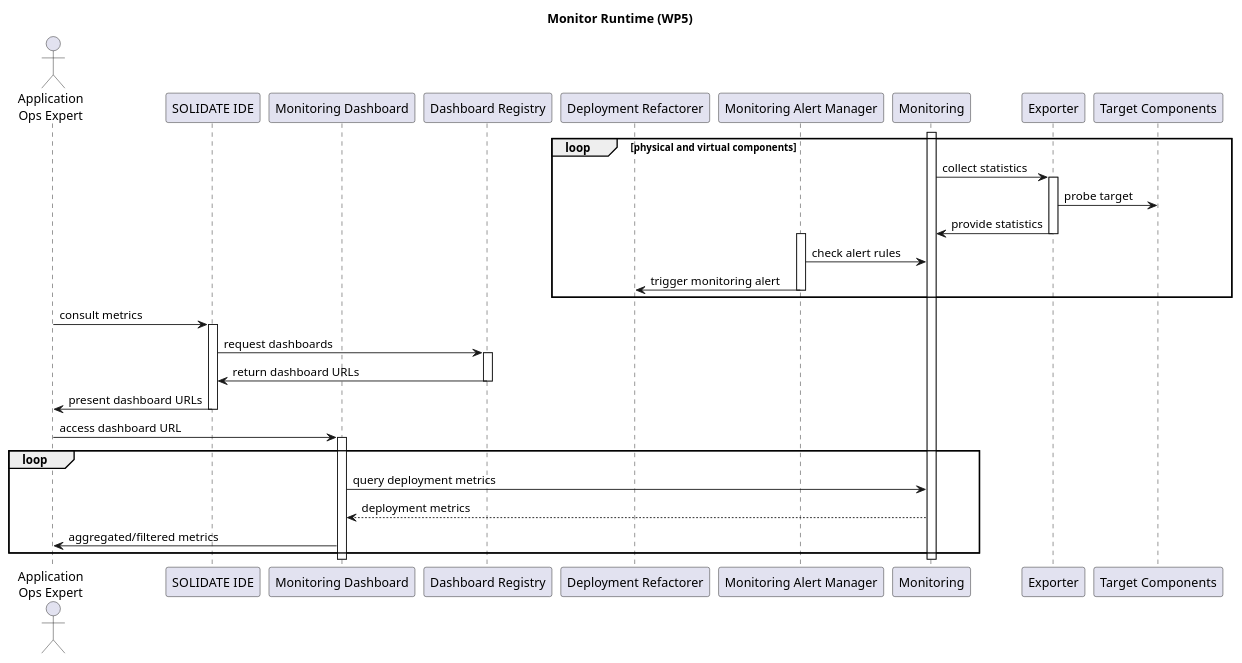
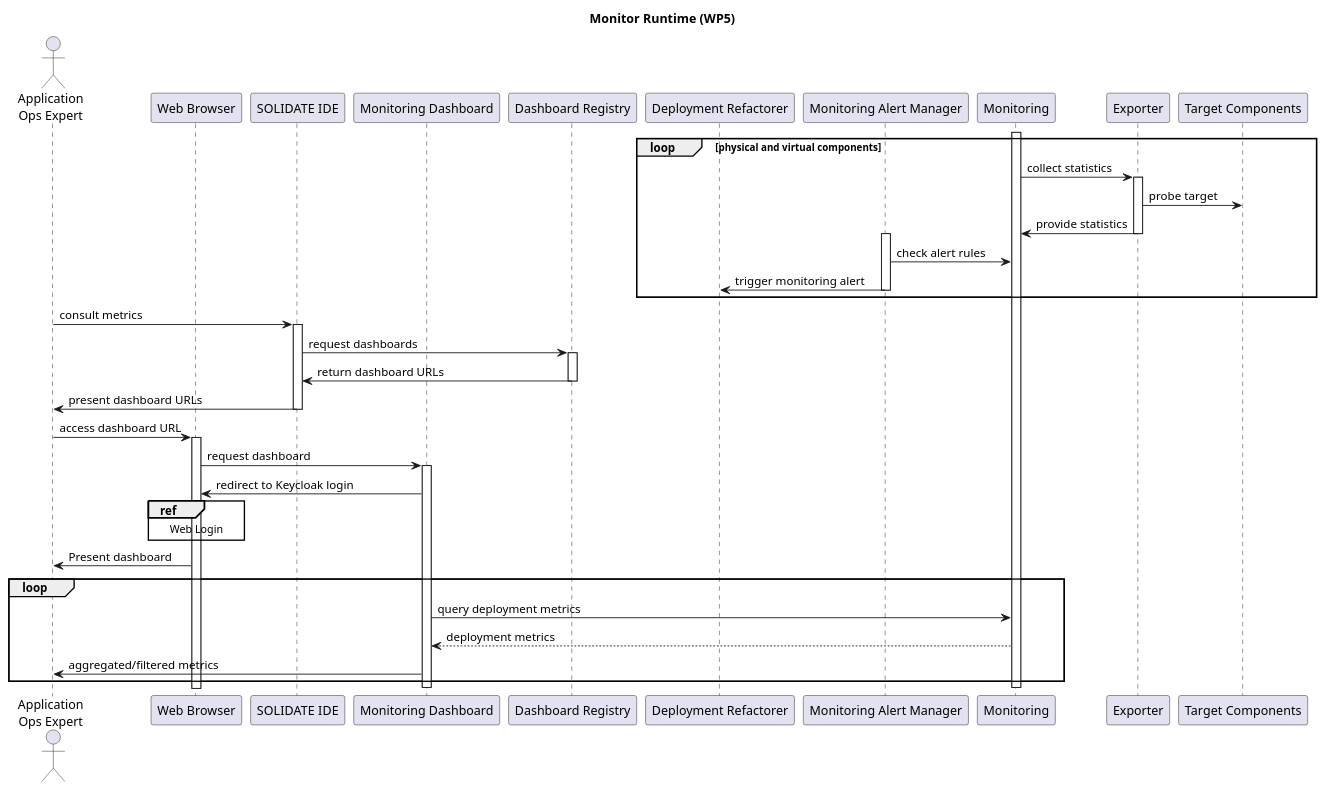
One commit to SODALITE-EU/project-wide-documentation changed the diagram in uml/sequence-diagrams/UC-08-MonitorRuntime-WP5.puml. Above: the diagram before and after it, drawn with PlantUML. The commit also changed 2 other files, not shown here.

Commit message:
Updated monitoring components sequences in UC6 and UC8. Added Web Login to security

```diff
--- a/uml/sequence-diagrams/UC-08-MonitorRuntime-WP5.puml
+++ b/uml/sequence-diagrams/UC-08-MonitorRuntime-WP5.puml
@@ -1,51 +1,57 @@
 @startuml
 
 title Monitor Runtime (WP5)
 
 actor "Application\nOps Expert" as ops
+
+participant "Web Browser" as browser
 participant "SOLIDATE IDE" as ide
 participant "Monitoring Dashboard" as dash
 participant "Dashboard Registry" as registry
 participant "Deployment Refactorer" as dr
 participant "Monitoring Alert Manager" as alert_mngr
 participant "Monitoring" as monitoring
 participant "Exporter" as software
 participant "Target Components" as hardware
 
-
 activate monitoring
 
 loop physical and virtual components
-  monitoring->software: collect statistics
+  monitoring -> software: collect statistics
   activate software
-  software->hardware: probe target
-  software->monitoring: provide statistics
+  software -> hardware: probe target
+  software -> monitoring: provide statistics
   deactivate software
   activate alert_mngr
-  monitoring<-alert_mngr: check alert rules
-  alert_mngr->dr: trigger monitoring alert
+  monitoring <- alert_mngr: check alert rules
+  alert_mngr -> dr: trigger monitoring alert
   deactivate alert_mngr
 end
 
-
-ops->ide: consult metrics
+ops -> ide: consult metrics
 activate ide
-ide->registry: request dashboards
+ide -> registry: request dashboards
 activate registry
 registry -> ide: return dashboard URLs
 deactivate registry
 ide -> ops: present dashboard URLs
 deactivate ide
-ops ->dash: access dashboard URL
+
+ops -> browser: access dashboard URL
+activate browser
+browser -> dash: request dashboard
 activate dash
+dash -> browser: redirect to Keycloak login
+ref over browser: Web Login
+browser -> ops: Present dashboard
 
 loop 
-  dash->monitoring: query deployment metrics
-  monitoring-->dash: deployment metrics
-  dash->ops: aggregated/filtered metrics
+  dash -> monitoring: query deployment metrics
+  monitoring --> dash: deployment metrics
+  dash -> ops: aggregated/filtered metrics
 end
 
 deactivate dash
 deactivate monitoring
 
 @enduml
```
